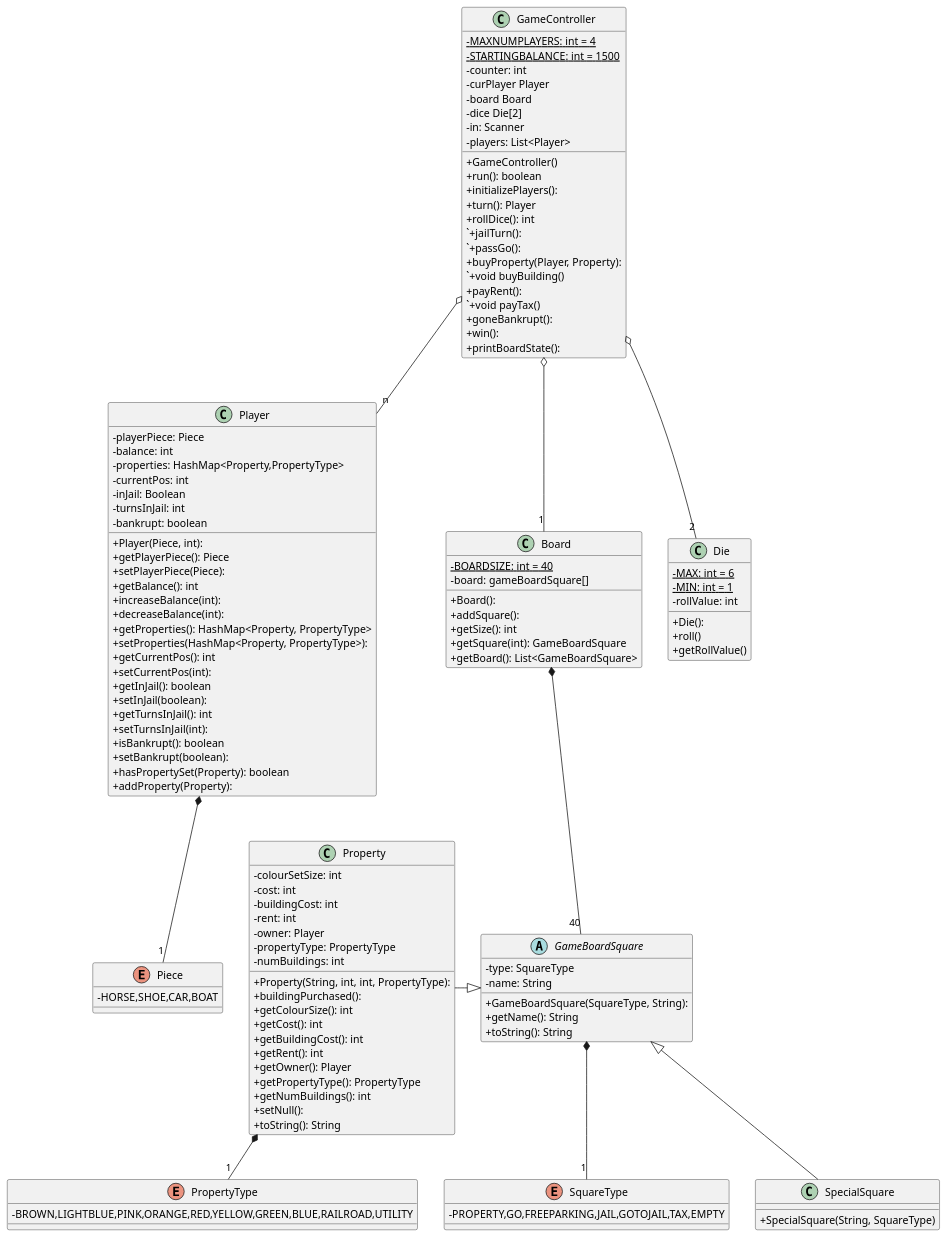
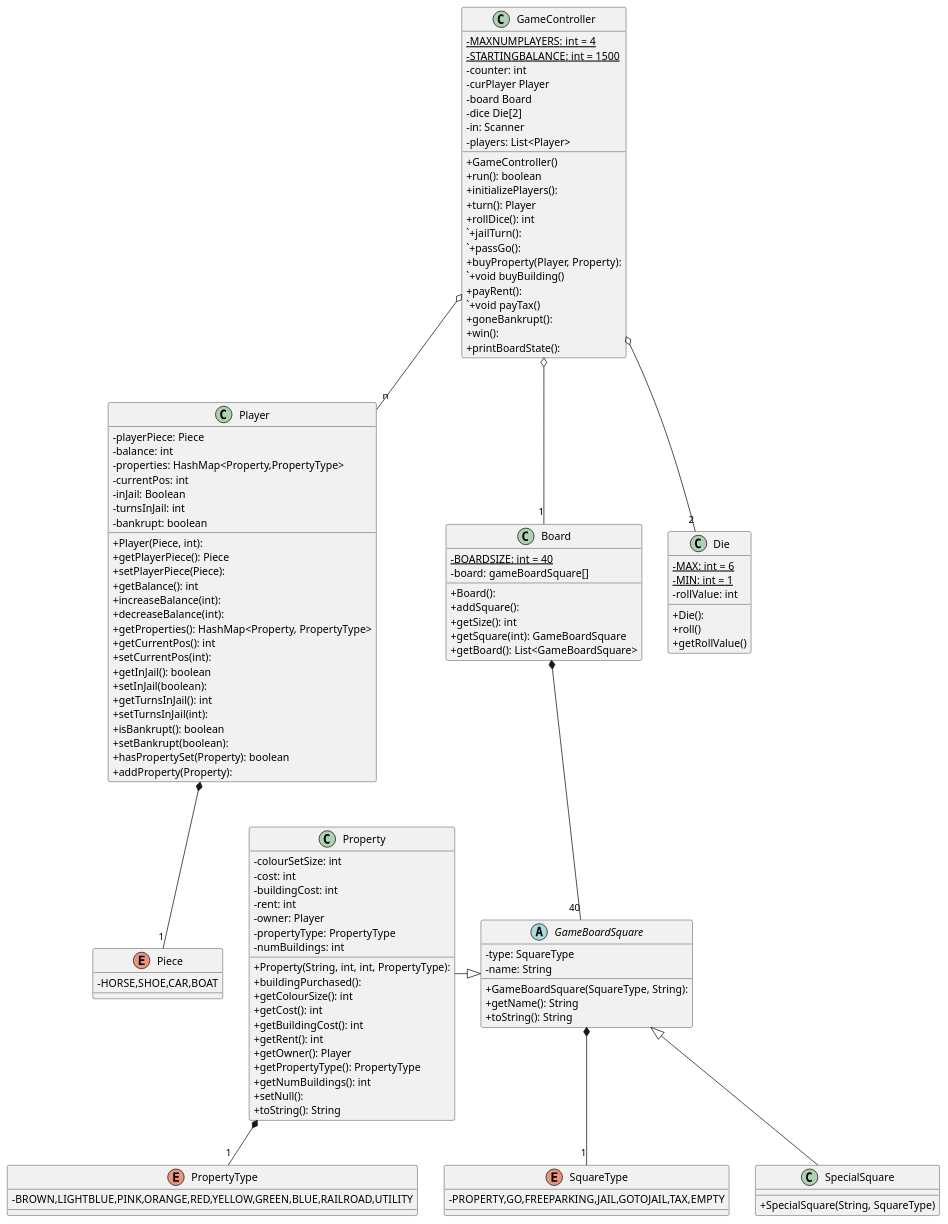
Before and after one commit to Everfeather/monopoly_12: the diagram in src/UML.puml, drawn with PlantUML. The commit also changed 10 other files, not shown here.

```diff
--- a/src/UML.puml
+++ b/src/UML.puml
@@ -1,152 +1,151 @@
 @startuml
 
 'https://plantuml.com/class-diagram
 skinparam classAttributeIconSize 0
 
 
 Property -|> GameBoardSquare
 Property *-- "1" PropertyType
 
 Player *-- "1" Piece
 
 GameController o-- "1" Board
 GameController o-- "n" Player
 GameController o-- "2" Die
 
 Board *-- "40" GameBoardSquare
 
 SpecialSquare --up|> GameBoardSquare
 
 GameBoardSquare *-- "1" SquareType
 
 enum Piece{
     -HORSE,SHOE,CAR,BOAT
 }
 
 enum PropertyType{
     -BROWN,LIGHTBLUE,PINK,ORANGE,RED,YELLOW,GREEN,BLUE,RAILROAD,UTILITY
 }
 
 enum SquareType{
     -PROPERTY,GO,FREEPARKING,JAIL,GOTOJAIL,TAX,EMPTY
 }
 
 class Player{
     - playerPiece: Piece
     - balance: int
     - properties: HashMap<Property,PropertyType>
     - currentPos: int
     - inJail: Boolean
     - turnsInJail: int
     - bankrupt: boolean
 
     + Player(Piece, int):
     + getPlayerPiece(): Piece
     + setPlayerPiece(Piece):
     + getBalance(): int
     + increaseBalance(int):
     + decreaseBalance(int):
     + getProperties(): HashMap<Property, PropertyType>
-    + setProperties(HashMap<Property, PropertyType>):
     + getCurrentPos(): int
     + setCurrentPos(int):
     + getInJail(): boolean
     + setInJail(boolean):
     + getTurnsInJail(): int
     + setTurnsInJail(int):
     + isBankrupt(): boolean
     + setBankrupt(boolean):
     + hasPropertySet(Property): boolean
     + addProperty(Property):
 }
 
 class Die{
     - {static} MAX: int = 6
     - {static} MIN: int = 1
     -rollValue: int
     +Die():
     +roll()
     +getRollValue()
 }
 
 class Board{
     - {static} BOARDSIZE: int = 40
     - board: gameBoardSquare[]
 
     + Board():
     + addSquare():
     + getSize(): int
     + getSquare(int): GameBoardSquare
     + getBoard(): List<GameBoardSquare>
 }
 
 class GameController{
     - {static} MAXNUMPLAYERS: int = 4
     - {static} STARTINGBALANCE: int = 1500
     - counter: int
     - curPlayer Player
     -board Board
     -dice Die[2]
     -in: Scanner
     -players: List<Player>
 
     +GameController()
     +run(): boolean
     +initializePlayers():
     +turn(): Player
     +rollDice(): int
     `+jailTurn():
     `+passGo():
     +buyProperty(Player, Property):
     `+void buyBuilding()
     +payRent():
     `+void payTax()
     +goneBankrupt():
     +win():
     +printBoardState():
 
 }
 
 abstract class GameBoardSquare{
     -type: SquareType
     -name: String
 
     + GameBoardSquare(SquareType, String):
     + getName(): String
     + toString(): String
 
 }
 
 class Property {
     - colourSetSize: int
     - cost: int
     - buildingCost: int
     - rent: int
     - owner: Player
     - propertyType: PropertyType
     - numBuildings: int
 
     + Property(String, int, int, PropertyType):
     + buildingPurchased():
     + getColourSize(): int
     + getCost(): int
     + getBuildingCost(): int
     + getRent(): int
     + getOwner(): Player
     + getPropertyType(): PropertyType
     + getNumBuildings(): int
     + setNull():
     + toString(): String
 
 
 }
 
 class SpecialSquare{
     + SpecialSquare(String, SquareType)
 
 }
 
 'class View{
 '    +void printGameState()
 '}
 @enduml
```
